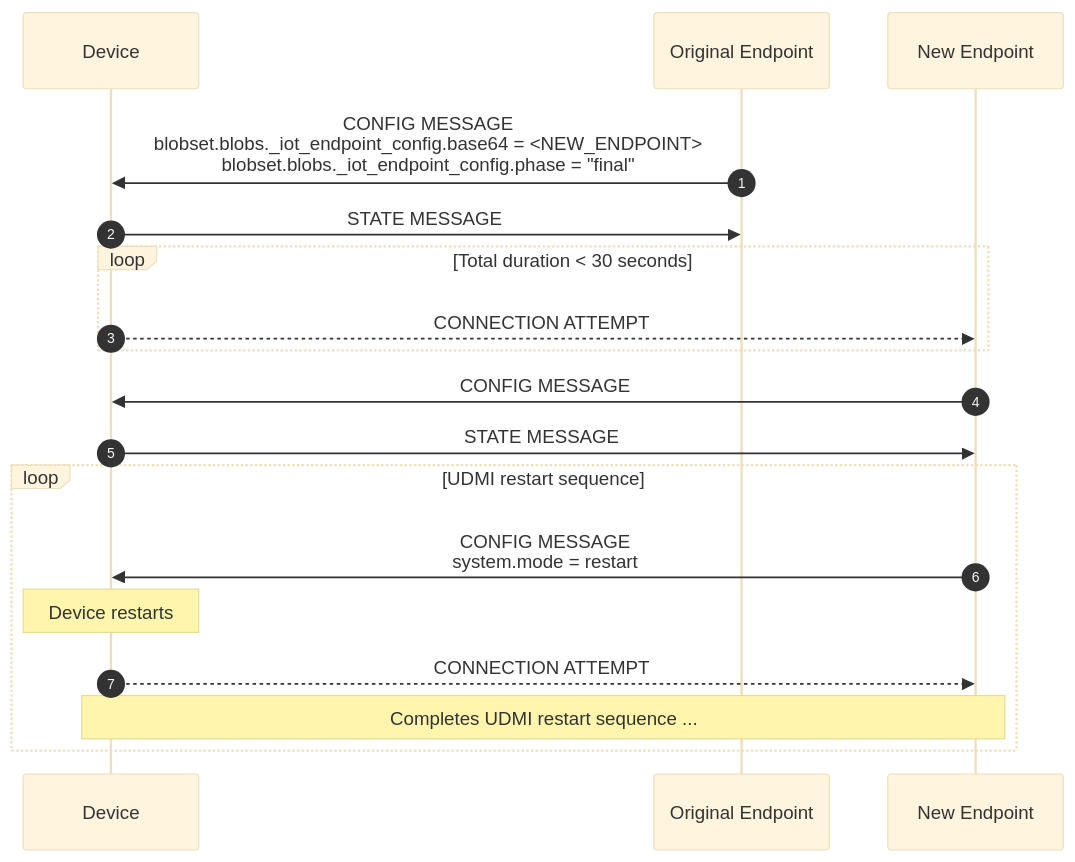
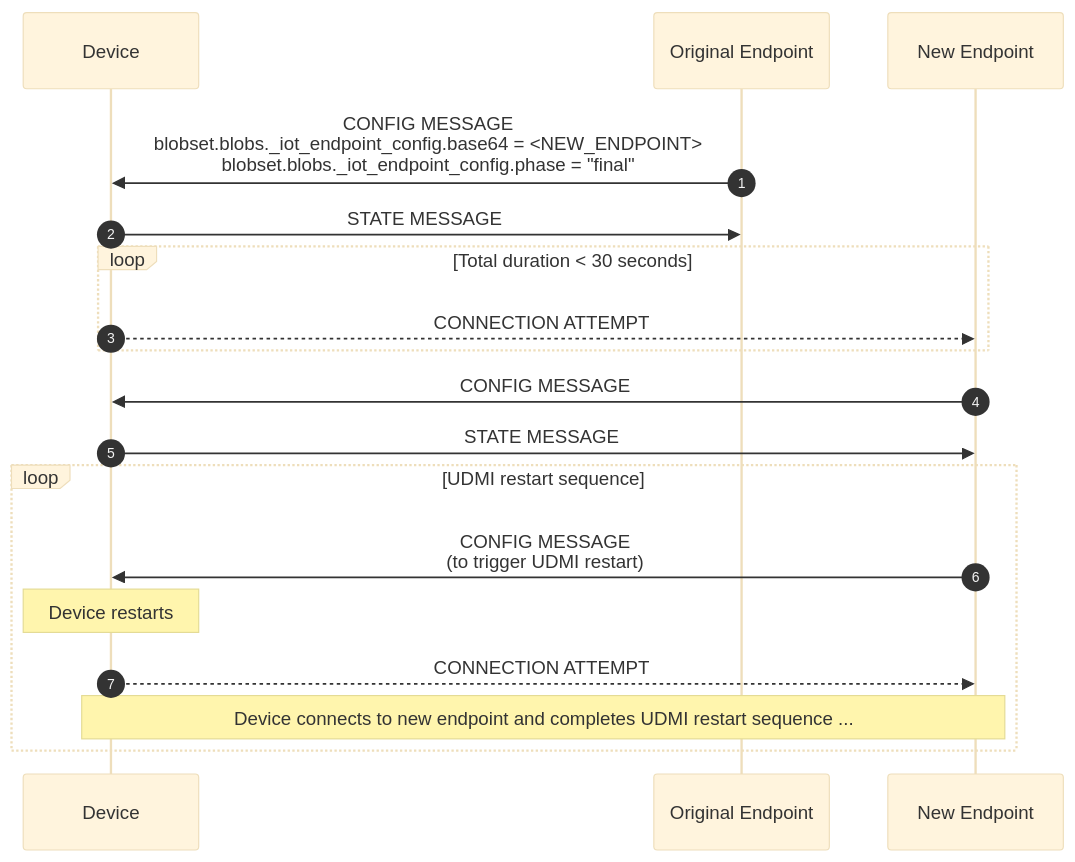
One commit to faucetsdn/udmi changed the third of 3 diagrams in docs/specs/sequences/endpoint_reconfiguration.md. Above: the diagram before and after it, drawn with Mermaid (base theme).

Commit message:
simplify

````diff
--- a/docs/specs/sequences/endpoint_reconfiguration.md
+++ b/docs/specs/sequences/endpoint_reconfiguration.md
@@ -63,21 +63,21 @@
 ```mermaid
 %%{wrap}%%
 sequenceDiagram
     autonumber
     participant D as Device
     participant E as Original Endpoint
     participant E' as New Endpoint
     E->>D:CONFIG MESSAGE<br/>blobset.blobs._iot_endpoint_config.base64 = <NEW_ENDPOINT><br/>blobset.blobs._iot_endpoint_config.phase = "final"
     D->>E:STATE MESSAGE
     loop Total duration < 30 seconds
     D-->>E':CONNECTION ATTEMPT
     end
     E'->>D:CONFIG MESSAGE
     D->>E':STATE MESSAGE
     loop UDMI restart sequence
-    E'->>D:CONFIG MESSAGE<br/>system.mode = restart
+    E'->>D:CONFIG MESSAGE<br/>(to trigger UDMI restart)
     note over D: Device restarts
     D-->>E':CONNECTION ATTEMPT
-    note over D,E': Completes UDMI restart sequence ...
+    note over D,E': Device connects to new endpoint and completes UDMI restart sequence ...
     end
 ```
````
